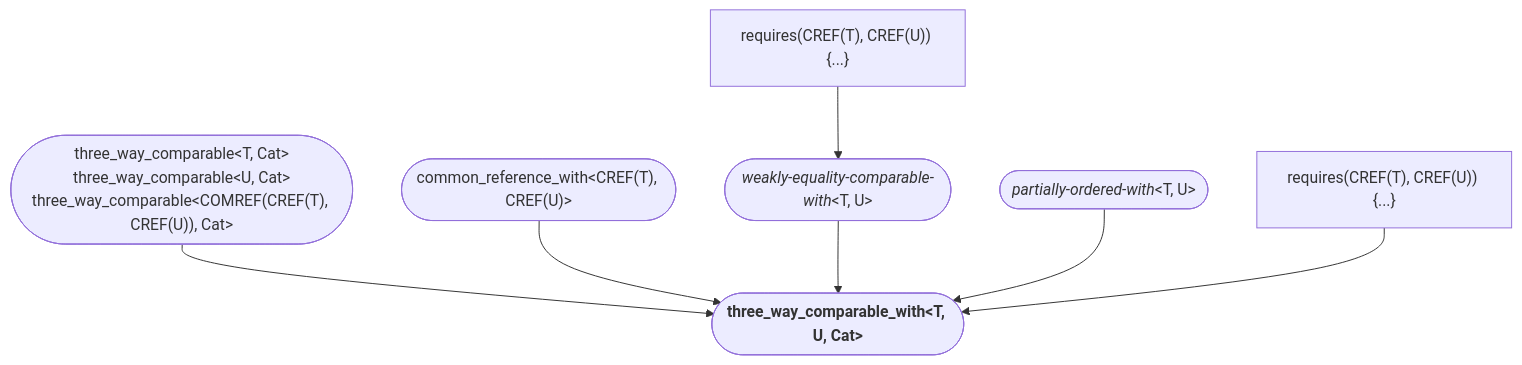
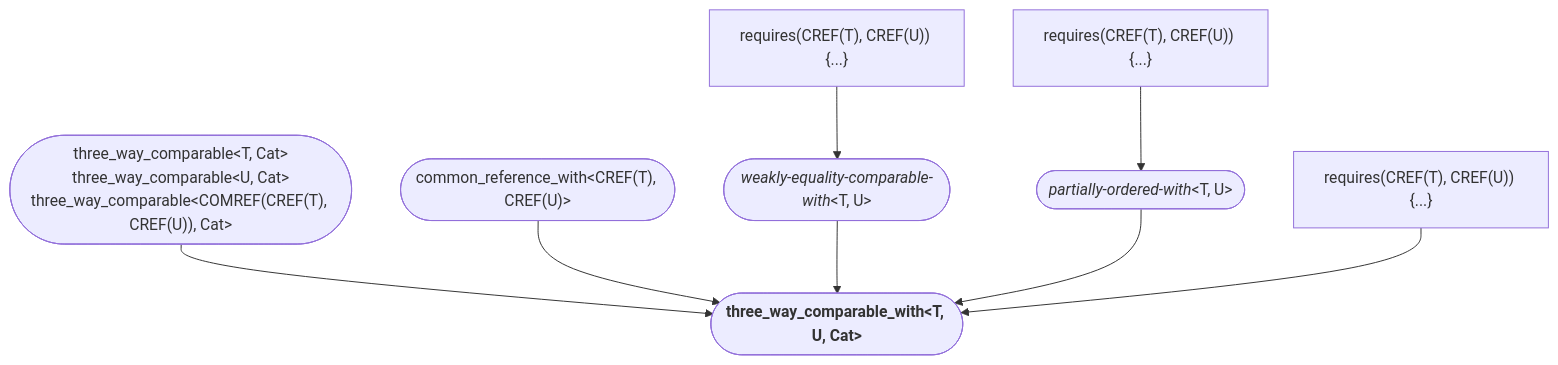
One commit to yohhoy/cpp-concepts changed diagram 27 of 27 in README.md. Above: the diagram before and after it, drawn with Mermaid. The commit also changed other lines of this file, not shown here.

Commit message:
expand partially-ordered-with

````diff
--- a/README.md
+++ b/README.md
@@ -320,11 +326,13 @@
 ```mermaid
 graph TD
-    %% std::weakly-equality-comparable-with<T, U>
-    AC1["requires(CREF(T), CREF(U)) {...}"] --> weakly-equality-comparable-with(["<i>weakly-equality-comparable-with</i>&lt;T, U&gt;"]);
+    %% partially-ordered-with<T, U>
+    AC1["requires(CREF(T), CREF(U)) {...}"] --> partially-ordered-with(["<i>partially-ordered-with</i>&lt;T, U&gt;"]);
+    %% weakly-equality-comparable-with<T, U>
+    AC2["requires(CREF(T), CREF(U)) {...}"] --> weakly-equality-comparable-with(["<i>weakly-equality-comparable-with</i>&lt;T, U&gt;"]);
     %% std::three_way_comparable_with<T, U, Cat>
     three_way_comparable(["three_way_comparable&lt;T, Cat&gt;<br>three_way_comparable&lt;U, Cat&gt;<br>three_way_comparable&lt;COMREF(CREF(T), CREF(U)), Cat&gt;"]) --> three_way_comparable_with(["<b>three_way_comparable_with&lt;T, U, Cat&gt;</b>"])
     common_reference_with(["common_reference_with&lt;CREF(T), CREF(U)&gt;"]) --> three_way_comparable_with
     weakly-equality-comparable-with --> three_way_comparable_with
-    partially-ordered-with(["<i>partially-ordered-with</i>&lt;T, U&gt;"]) --> three_way_comparable_with
-    AC2["requires(CREF(T), CREF(U)) {...}"] --> three_way_comparable_with
+    partially-ordered-with --> three_way_comparable_with
+    AC3["requires(CREF(T), CREF(U)) {...}"] --> three_way_comparable_with
 ```
````
